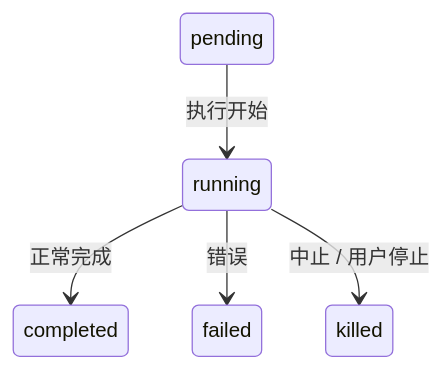
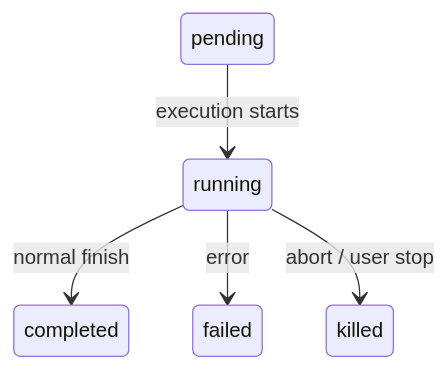
Before and after one commit to llwanghong/claude-code-universe: the diagram in book-zh/ch10-coordination.md, drawn with Mermaid. The commit also changed other lines of this file and 4 other files, not shown here.

````diff
--- a/book-zh/ch10-coordination.md
+++ b/book-zh/ch10-coordination.md
@@ -27,7 +41,7 @@
 ```mermaid
 stateDiagram-v2
-    pending --> running: 执行开始
-    running --> completed: 正常完成
-    running --> failed: 错误
-    running --> killed: 中止 / 用户停止
+    pending --> running: execution starts
+    running --> completed: normal finish
+    running --> failed: error
+    running --> killed: abort / user stop
 ```
````
